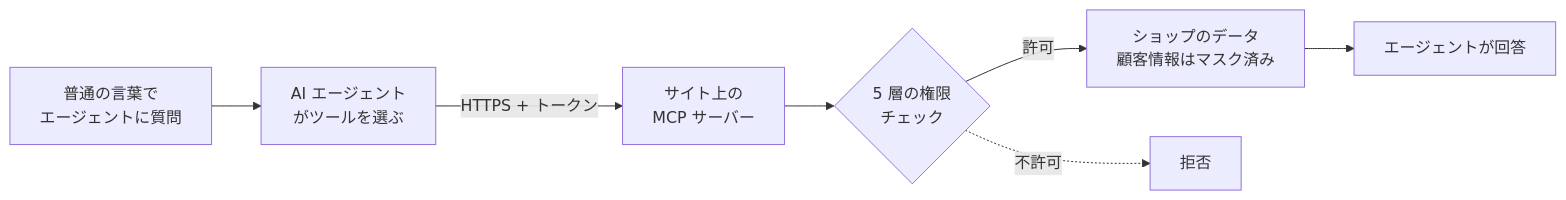
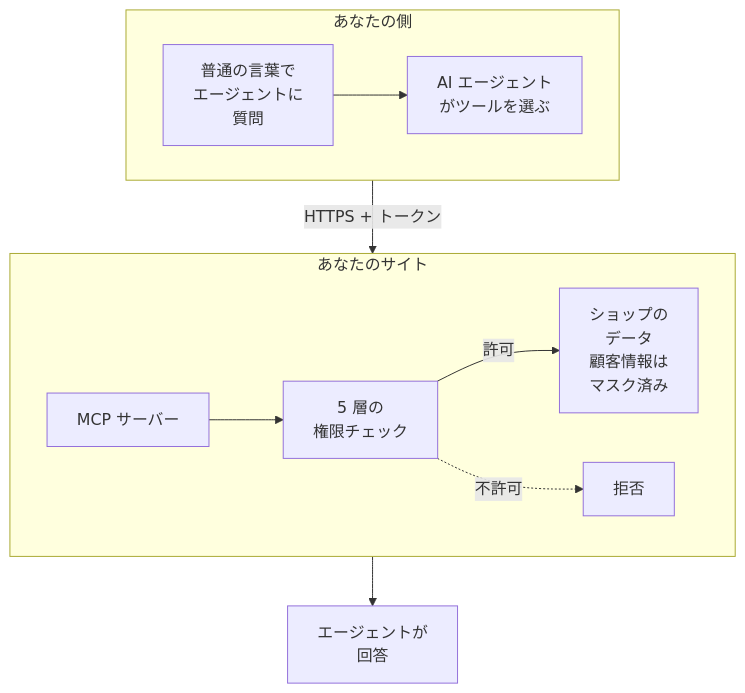
The first of 2 diagrams in mcp/mcp-introduction_ja.md (gp247net/gp247-docs), drawn with Mermaid before and after one commit. The commit also changed other lines of this file and 44 other files, not shown here.

First line of the commit message:
docs: redraw oversized diagrams in security, API and MCP docs (vi/en/ja)

````diff
--- a/mcp/mcp-introduction_ja.md
+++ b/mcp/mcp-introduction_ja.md
@@ -23,9 +23,15 @@
 ```mermaid
-flowchart LR
-    U["普通の言葉で<br/>エージェントに質問"] --> A["AI エージェント<br/>がツールを選ぶ"]
-    A -->|"HTTPS + トークン"| M["サイト上の<br/>MCP サーバー"]
-    M --> G{"5 層の権限<br/>チェック"}
-    G -->|"許可"| D["ショップのデータ<br/>顧客情報はマスク済み"]
-    G -.->|"不許可"| X["拒否"]
-    D --> R["エージェントが回答"]
+flowchart TB
+    subgraph Y["あなたの側"]
+        direction LR
+        U["普通の言葉で<br/>エージェントに<br/>質問"] --> A["AI エージェント<br/>がツールを選ぶ"]
+    end
+    subgraph S["あなたのサイト"]
+        direction LR
+        M["MCP サーバー"] --> G["5 層の<br/>権限チェック"]
+        G -->|"許可"| D["ショップの<br/>データ<br/>顧客情報は<br/>マスク済み"]
+        G -.->|"不許可"| X["拒否"]
+    end
+    Y -->|"HTTPS + トークン"| S
+    S --> R["エージェントが<br/>回答"]
 ```
````
